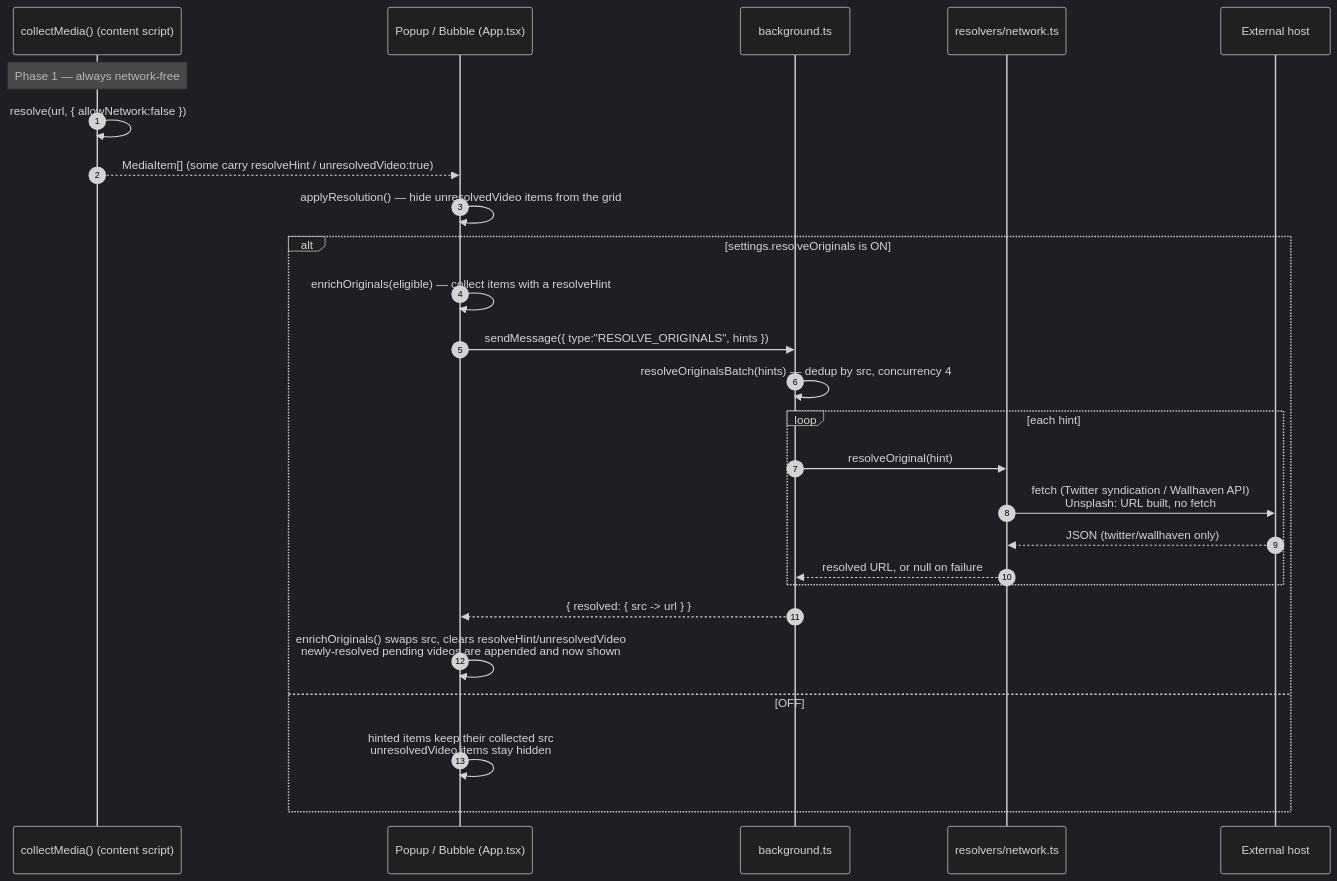
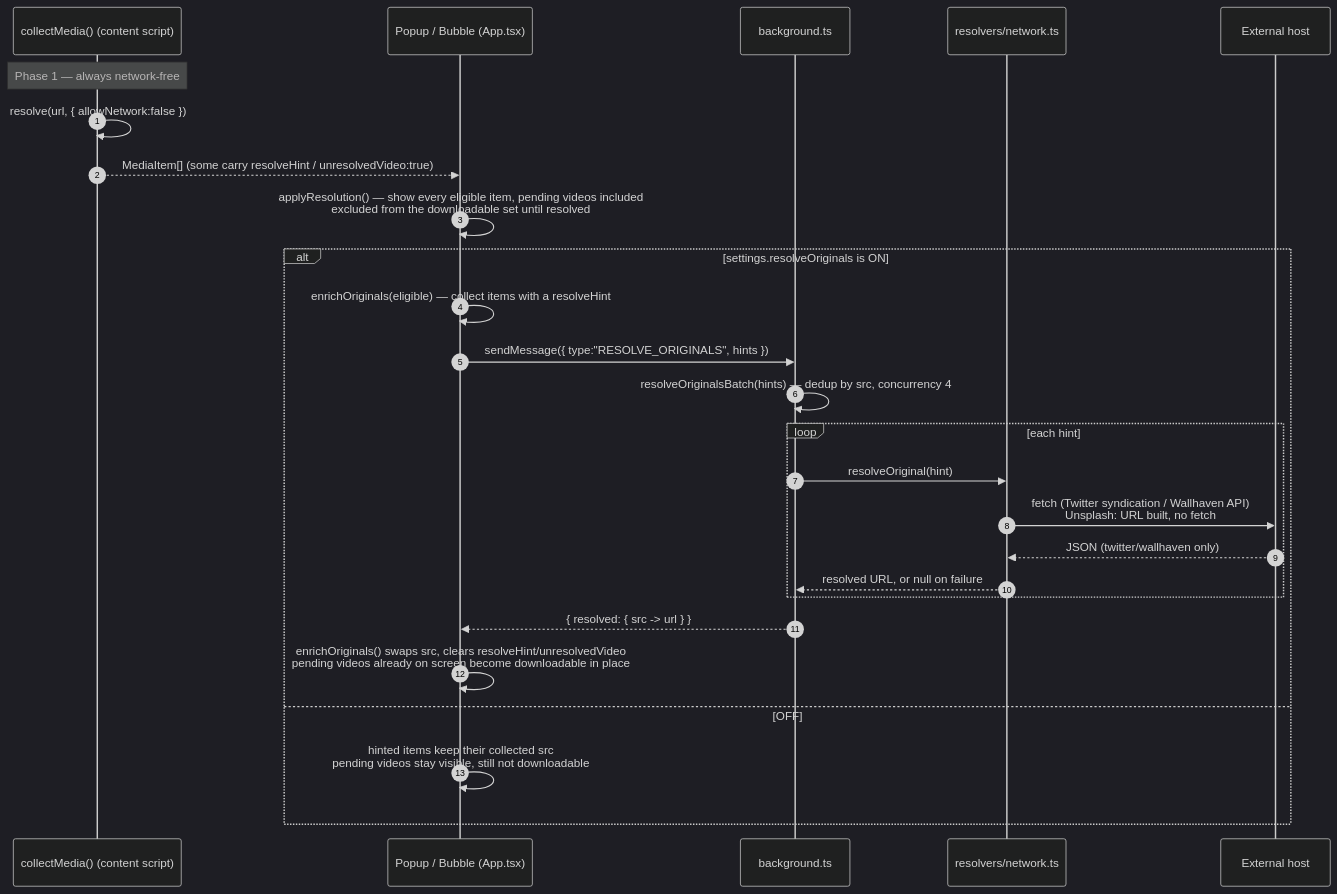
One commit to mralaminahamed/media-bulk-downloads changed the diagram in docs/guides/resolve-originals.md. Above: the diagram before and after it, drawn with Mermaid (dark theme). The commit also changed other lines of this file and 1 other file, not shown here.

First line of the commit message:
docs: document per-item Get video + shown pending X videos

````diff
--- a/docs/guides/resolve-originals.md
+++ b/docs/guides/resolve-originals.md
@@ -49,30 +57,30 @@
 ```mermaid
 sequenceDiagram
   autonumber
   participant CM as collectMedia() (content script)
   participant P as Popup / Bubble (App.tsx)
   participant BG as background.ts
   participant NET as resolvers/network.ts
   participant EXT as External host
 
   Note over CM: Phase 1 — always network-free
   CM->>CM: resolve(url, { allowNetwork:false })
   CM-->>P: MediaItem[] (some carry resolveHint / unresolvedVideo:true)
-  P->>P: applyResolution() — hide unresolvedVideo items from the grid
+  P->>P: applyResolution() — show every eligible item, pending videos included<br/>excluded from the downloadable set until resolved
 
   alt settings.resolveOriginals is ON
     P->>P: enrichOriginals(eligible) — collect items with a resolveHint
     P->>BG: sendMessage({ type:"RESOLVE_ORIGINALS", hints })
     BG->>BG: resolveOriginalsBatch(hints) — dedup by src, concurrency 4
     loop each hint
       BG->>NET: resolveOriginal(hint)
       NET->>EXT: fetch (Twitter syndication / Wallhaven API)<br/>Unsplash: URL built, no fetch
       EXT-->>NET: JSON (twitter/wallhaven only)
       NET-->>BG: resolved URL, or null on failure
     end
     BG-->>P: { resolved: { src -> url } }
-    P->>P: enrichOriginals() swaps src, clears resolveHint/unresolvedVideo<br/>newly-resolved pending videos are appended and now shown
+    P->>P: enrichOriginals() swaps src, clears resolveHint/unresolvedVideo<br/>pending videos already on screen become downloadable in place
   else OFF
-    P->>P: hinted items keep their collected src<br/>unresolvedVideo items stay hidden
+    P->>P: hinted items keep their collected src<br/>pending videos stay visible, still not downloadable
   end
 ```
````
